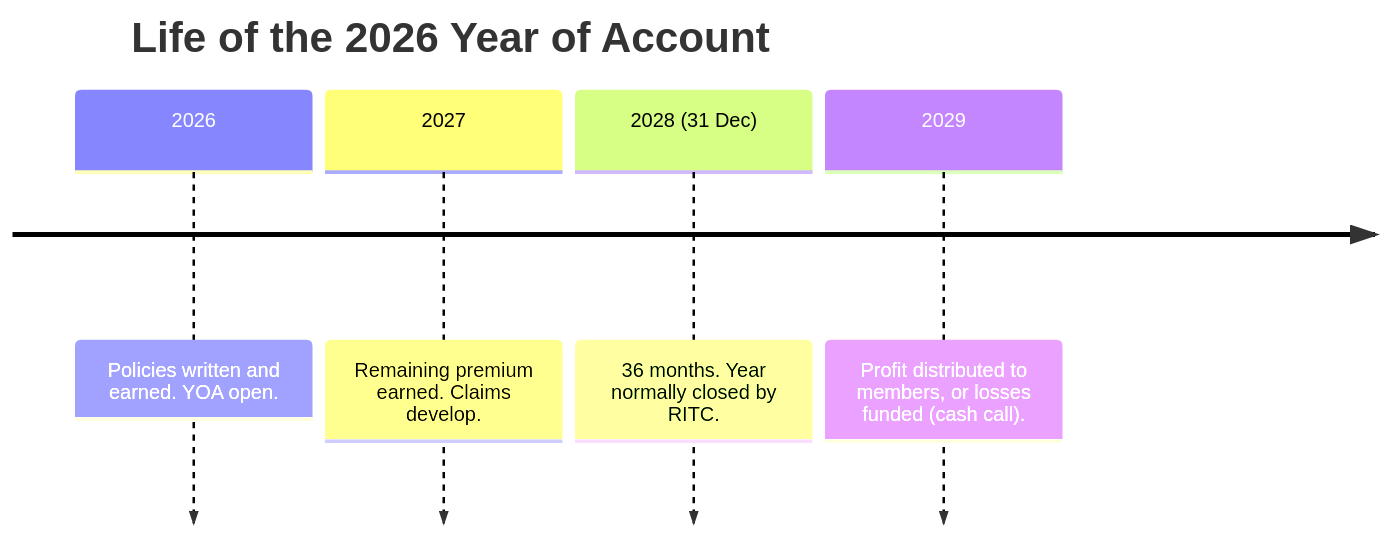
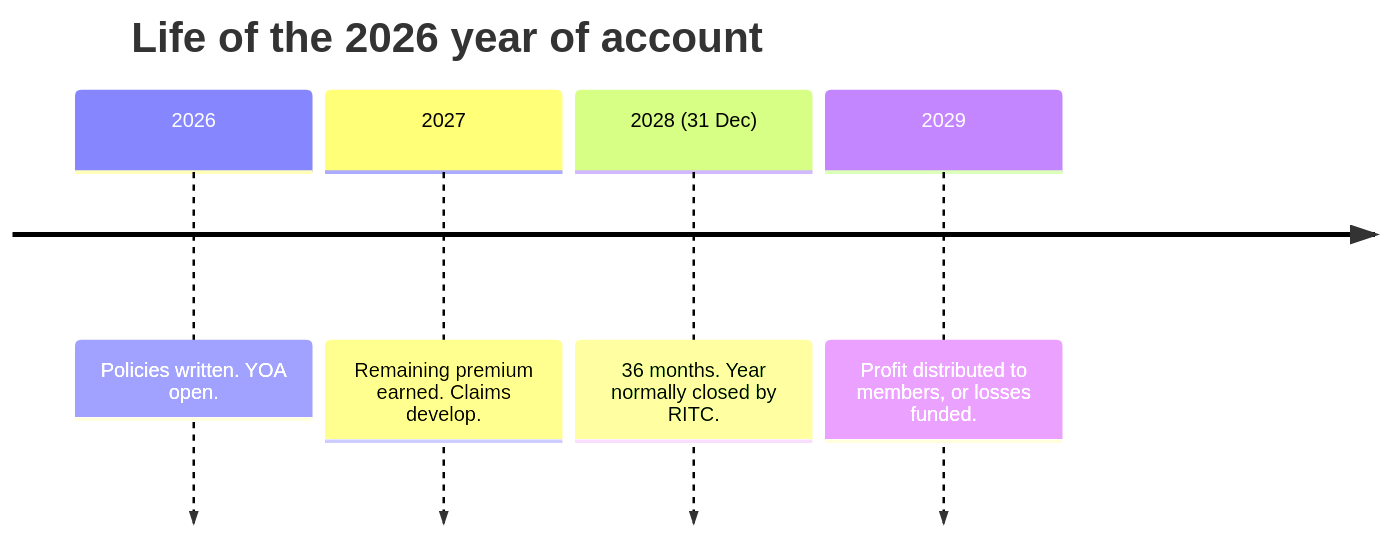
The first of 4 diagrams in london-market-lloyds-guide/07-Advanced-Capital-Finance-Regulation.md (gazal-gupta/Insurance-Domain), drawn with Mermaid before and after one commit. The commit also changed other lines of this file, not shown here.

````diff
--- a/london-market-lloyds-guide/07-Advanced-Capital-Finance-Regulation.md
+++ b/london-market-lloyds-guide/07-Advanced-Capital-Finance-Regulation.md
@@ -17,8 +39,8 @@
 ```mermaid
 timeline
-  title Life of the 2026 Year of Account
-  2026 : Policies written and earned. YOA open.
+  title Life of the 2026 year of account
+  2026 : Policies written. YOA open.
   2027 : Remaining premium earned. Claims develop.
   2028 (31 Dec) : 36 months. Year normally closed by RITC.
-  2029 : Profit distributed to members, or losses funded (cash call).
+  2029 : Profit distributed to members, or losses funded.
 ```
````
